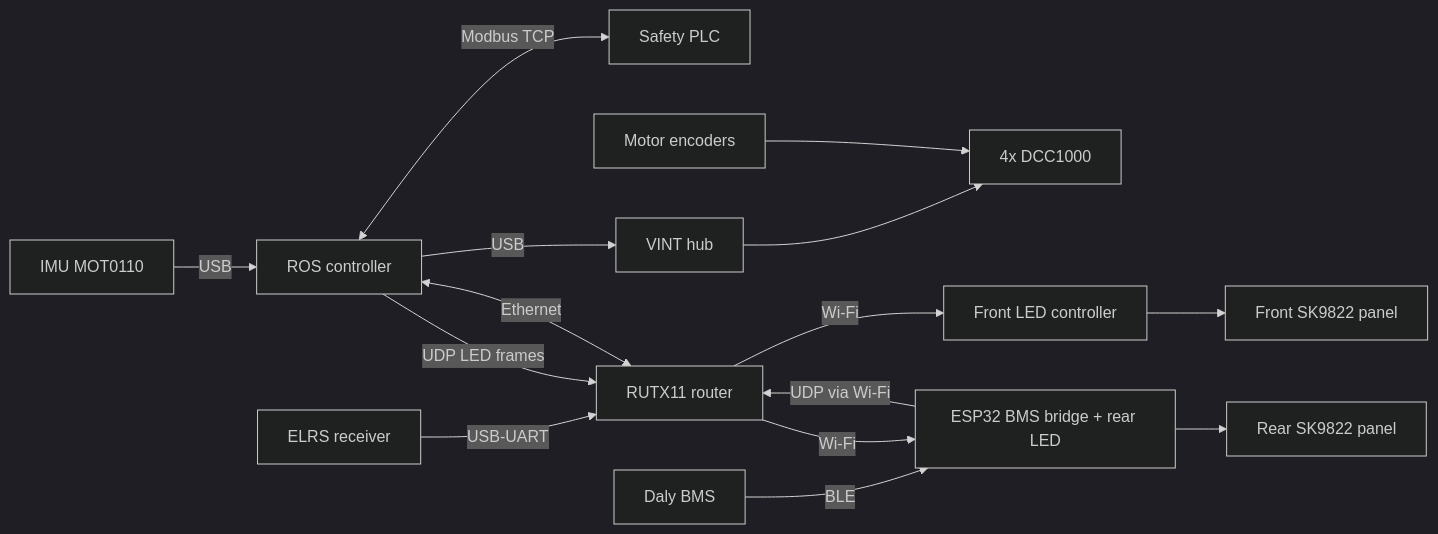
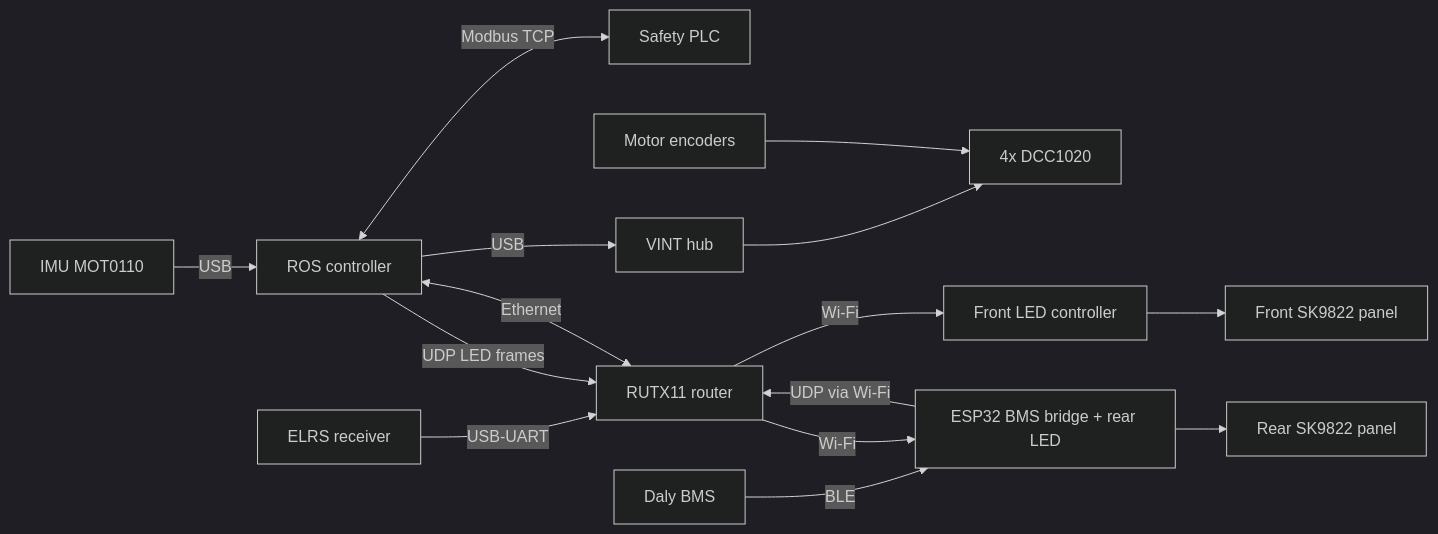
Before and after one commit to isaacbotsrl/isaacbot_amr_ros: the second of 2 diagrams in docs/hardware/components.md, drawn with Mermaid (dark theme). The commit also changed other lines of this file and 54 other files, not shown here.

````diff
--- a/docs/hardware/components.md
+++ b/docs/hardware/components.md
@@ -90,17 +94,17 @@
 ```mermaid
 flowchart LR
     PC["ROS controller"] <-->|"Modbus TCP"| PLC["Safety PLC"]
     PC -->|USB| HUB["VINT hub"]
-    HUB --> DRV["4x DCC1000"]
+    HUB --> DRV["4x DCC1020"]
     M["Motor encoders"] --> DRV
     IMU["IMU MOT0110"] -->|USB| PC
     ELRS["ELRS receiver"] -->|"USB-UART"| RT
     BMS["Daly BMS"] -->|BLE| ESP["ESP32 BMS bridge + rear LED"]
     ESP -->|"UDP via Wi-Fi"| RT["RUTX11 router"]
     RT <-->|Ethernet| PC
     PC -->|"UDP LED frames"| RT
     RT -->|Wi-Fi| ESP
     RT -->|Wi-Fi| FLED["Front LED controller"]
     ESP --> RLED["Rear SK9822 panel"]
     FLED --> FPANEL["Front SK9822 panel"]
 ```
````
